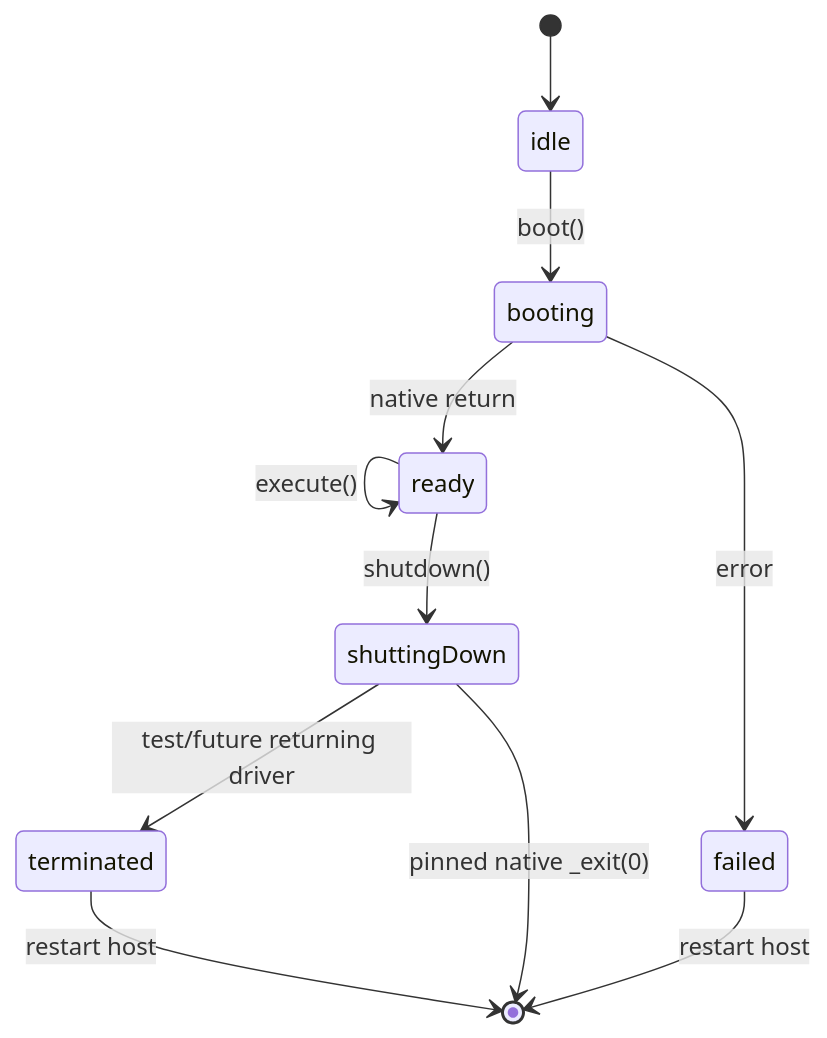
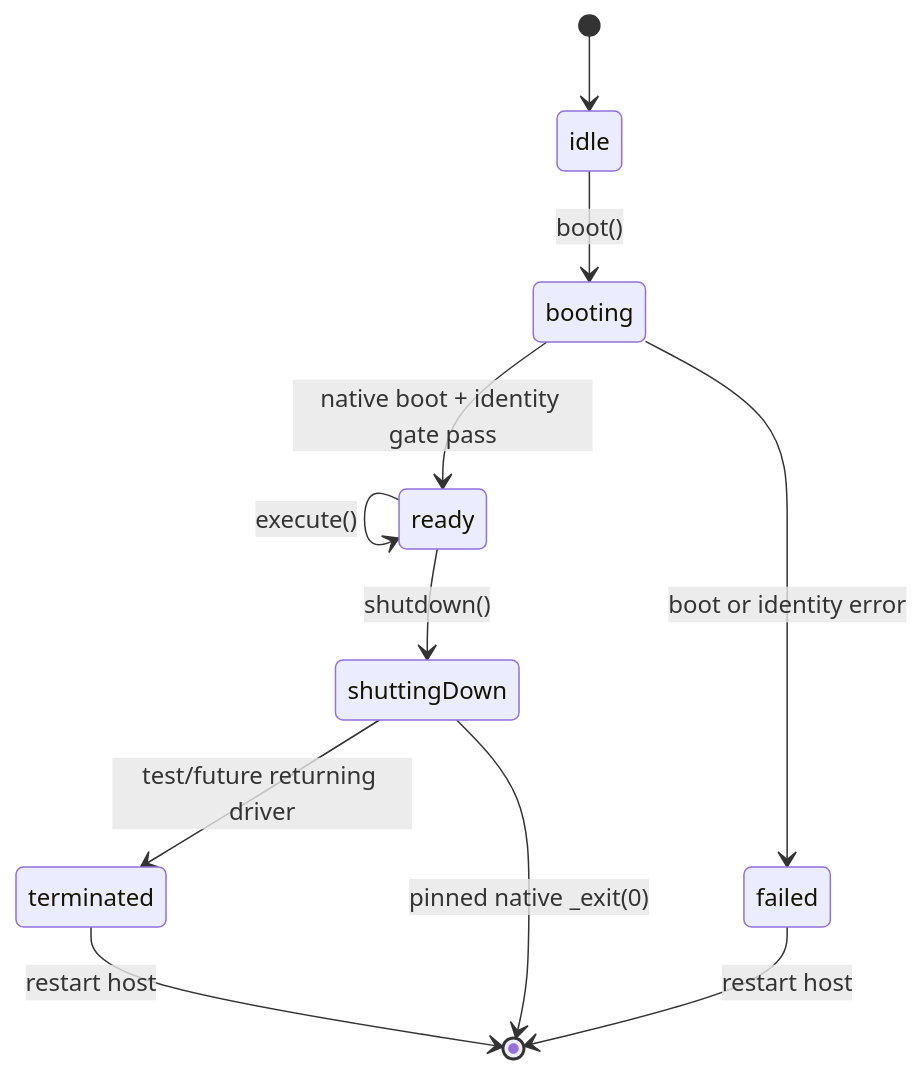
Before and after one commit to jacklv-coder/PocketRoot: the third of 3 diagrams in Docs/en/Architecture.md, drawn with Mermaid. The commit also changed other lines of this file and 27 other files, not shown here.

Commit message:
feat: require post-boot guest identity

````diff
--- a/Docs/en/Architecture.md
+++ b/Docs/en/Architecture.md
@@ -127,13 +129,13 @@
 ```mermaid
 stateDiagram-v2
     [*] --> idle
     idle --> booting: boot()
-    booting --> ready: native return
-    booting --> failed: error
+    booting --> ready: native boot + identity gate pass
+    booting --> failed: boot or identity error
     ready --> ready: execute()
     ready --> shuttingDown: shutdown()
     shuttingDown --> terminated: test/future returning driver
     shuttingDown --> [*]: pinned native _exit(0)
     failed --> [*]: restart host
     terminated --> [*]: restart host
 ```
````
